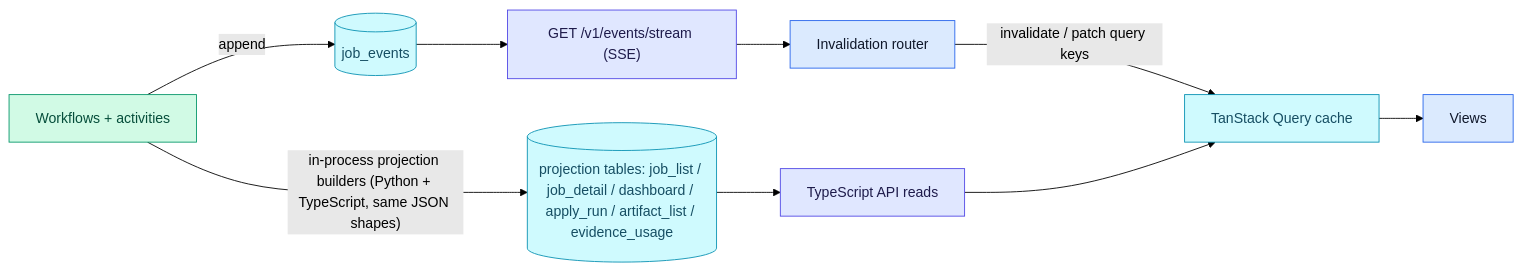
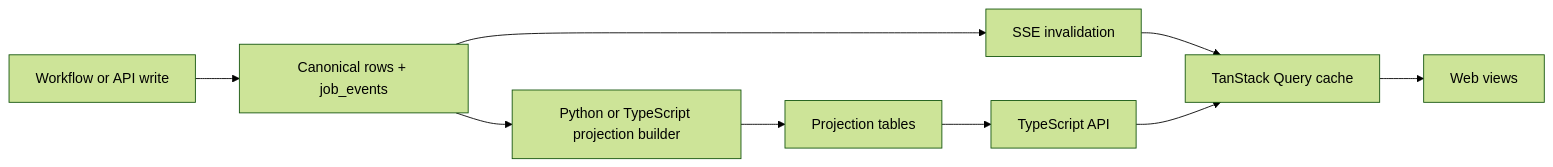
Before and after one commit to ebarti/JobCtrl: the first of 2 diagrams in docs/architecture/read-model.md, drawn with Mermaid (forest theme). The commit also changed other lines of this file and 46 other files, not shown here.

````diff
--- a/docs/architecture/read-model.md
+++ b/docs/architecture/read-model.md
@@ -9,20 +13,15 @@
 ```mermaid
 flowchart LR
-    W["Workflows + activities"] -->|append| EV[("job_events")]
-    W -->|"in-process projection builders (Python + TypeScript, same JSON shapes)"| PT[("projection tables: job_list / job_detail / dashboard / apply_run / artifact_list / evidence_usage")]
-    PT --> API["TypeScript API reads"]
-    EV --> SSE["GET /v1/events/stream (SSE)"]
-    SSE --> IR["Invalidation router"]
-    IR -->|"invalidate / patch query keys"| TQ["TanStack Query cache"]
-    API --> TQ
-    TQ --> UI["Views"]
+    WRITE["Workflow or API write"] --> CANON["Canonical rows + job_events"]
+    CANON --> PROJECT["Python or TypeScript projection builder"]
+    PROJECT --> READ["Projection tables"]
+    READ --> API["TypeScript API"]
+    CANON --> SSE["SSE invalidation"]
+    SSE --> CACHE["TanStack Query cache"]
+    API --> CACHE --> VIEW["Web views"]
 
-    classDef ui fill:#dbeafe,stroke:#2563eb,color:#0f172a
-    classDef ts fill:#e0e7ff,stroke:#4f46e5,color:#1e1b4b
-    classDef py fill:#d1fae5,stroke:#059669,color:#064e3b
-    classDef store fill:#cffafe,stroke:#0891b2,color:#164e63
-    class W py
+    class WRITE,PROJECT py
     class API,SSE ts
-    class IR,UI ui
-    class EV,PT,TQ store
+    class CACHE,VIEW ui
+    class CANON,READ store
 ```
````
